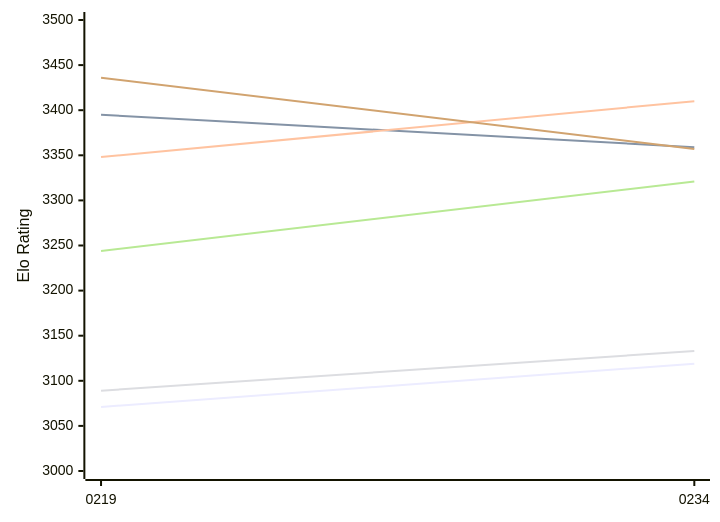
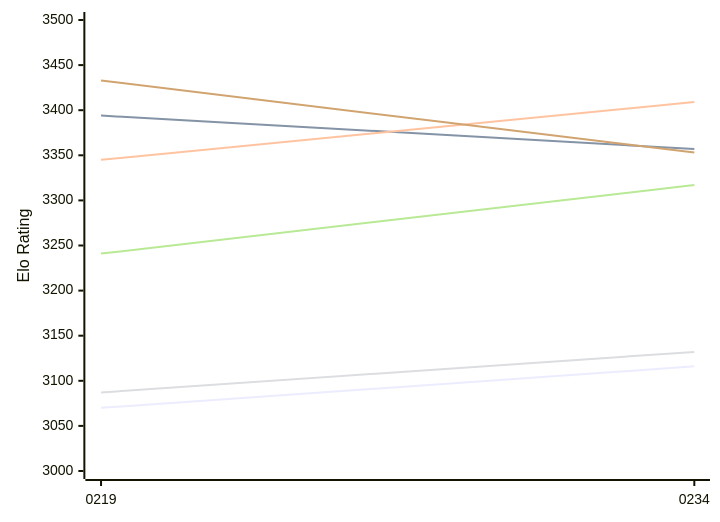
The first of 2 diagrams in engines/Ynode.md (computer-chess-index/cci), drawn with Mermaid before and after one commit. The commit also changed other lines of this file, not shown here.

Commit message:
Update CCI Ratings (ELO VLTC) - 2026-11-19

````diff
--- a/engines/Ynode.md
+++ b/engines/Ynode.md
@@ -50,12 +50,12 @@
 ```mermaid
 %%{init: {"theme":"base","themeVariables":{"seriesColors:['#a3a3a3','#222221','#faa371']}}}%%
 xychart-beta
   x-axis ["0219", "0234"]
   y-axis "Elo Rating" 3000 --> 3500
-  line "E1: STC (8.0+0.08s)" [3071, 3119]
-  line "E1: LTC (60.0+0.60s)" [3395, 3359]
-  line "E1: VLTC (2m24s+1.12s)" [3348, 3410]
-  line "P1: STC (8.0+0.08s)" [3089, 3133]
-  line "P1: LTC (60.0+0.60s)" [3244, 3321]
-  line "P1: VLTC (2m24s+1.12s)" [3436, 3357]
+  line "E1: STC (8.0+0.08s)" [3070, 3116]
+  line "E1: LTC (60.0+0.60s)" [3394, 3357]
+  line "E1: VLTC (2m24s+1.12s)" [3345, 3409]
+  line "P1: STC (8.0+0.08s)" [3087, 3132]
+  line "P1: LTC (60.0+0.60s)" [3241, 3317]
+  line "P1: VLTC (2m24s+1.12s)" [3433, 3353]
 ```
````
